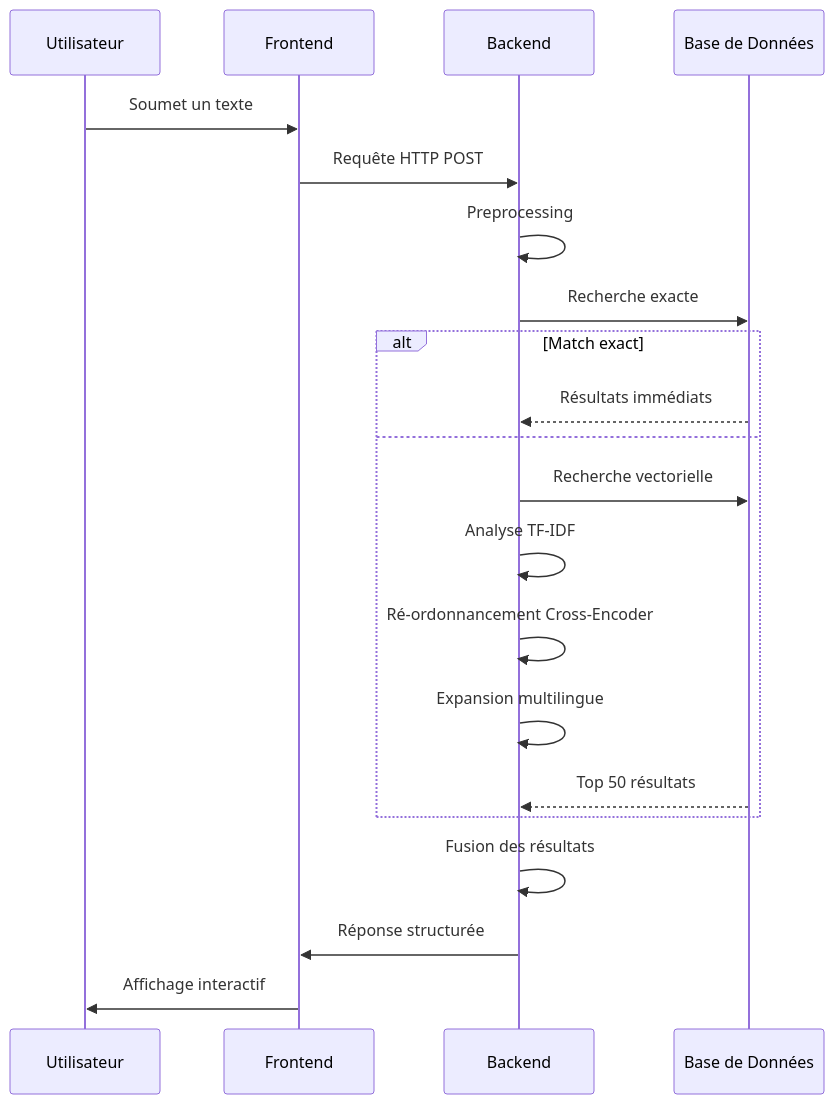
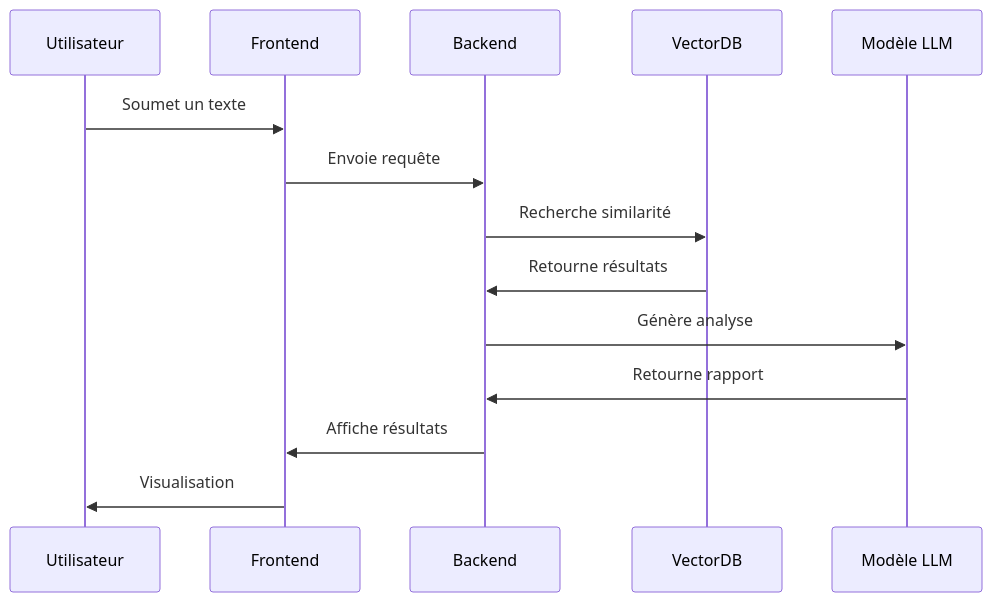
One commit to Oussama-fahim/plagiarism_checker changed the second of 2 diagrams in source/index.rst. Above: the diagram before and after it, drawn with Mermaid. The commit also changed other lines of this file, not shown here.

```diff
--- a/source/index.rst
+++ b/source/index.rst
@@ -567,24 +188,17 @@
 .. mermaid::
 
    sequenceDiagram
-       participant U as Utilisateur
-       participant F as Frontend
-       participant B as Backend
-       participant D as Base de Données
-       
-       U->>F: Soumet un texte
-       F->>B: Requête HTTP POST
-       B->>B: Preprocessing
-       B->>D: Recherche exacte
-       alt Match exact
-           D-->>B: Résultats immédiats
-       else
-           B->>D: Recherche vectorielle
-           B->>B: Analyse TF-IDF
-           B->>B: Ré-ordonnancement Cross-Encoder
-           B->>B: Expansion multilingue
-           D-->>B: Top 50 résultats
-       end
-       B->>B: Fusion des résultats
-       B->>F: Réponse structurée
-       F->>U: Affichage interactif
+      participant U as Utilisateur
+      participant F as Frontend
+      participant B as Backend
+      participant V as VectorDB
+      participant M as Modèle LLM
+      
+      U->>F: Soumet un texte
+      F->>B: Envoie requête
+      B->>V: Recherche similarité
+      V->>B: Retourne résultats
+      B->>M: Génère analyse
+      M->>B: Retourne rapport
+      B->>F: Affiche résultats
+      F->>U: Visualisation
```
